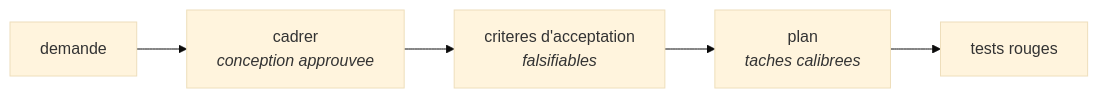
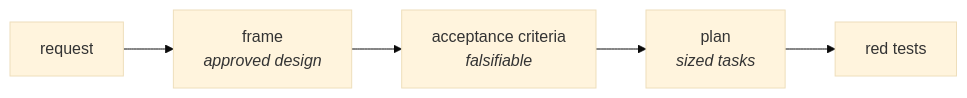
The diagram in skills/cadrer-et-planifier/SKILL.md (MasterLaplace/LplCraftSkills), drawn with Mermaid (base theme) before and after one commit. The commit also changed 16 other files, not shown here.

First line of the commit message:
docs: Mermaid diagram text moves to English, the prose stays French

````diff
--- a/skills/cadrer-et-planifier/SKILL.md
+++ b/skills/cadrer-et-planifier/SKILL.md
@@ -22,7 +22,7 @@
 ```mermaid
 flowchart LR
-  D["demande"] --> C["cadrer<br/><i>conception approuvee</i>"]
-  C --> A["criteres d'acceptation<br/><i>falsifiables</i>"]
-  A --> P["plan<br/><i>taches calibrees</i>"]
-  P --> T["tests rouges"]
+  D["request"] --> C["frame<br/><i>approved design</i>"]
+  C --> A["acceptance criteria<br/><i>falsifiable</i>"]
+  A --> P["plan<br/><i>sized tasks</i>"]
+  P --> T["red tests"]
 ```
````
